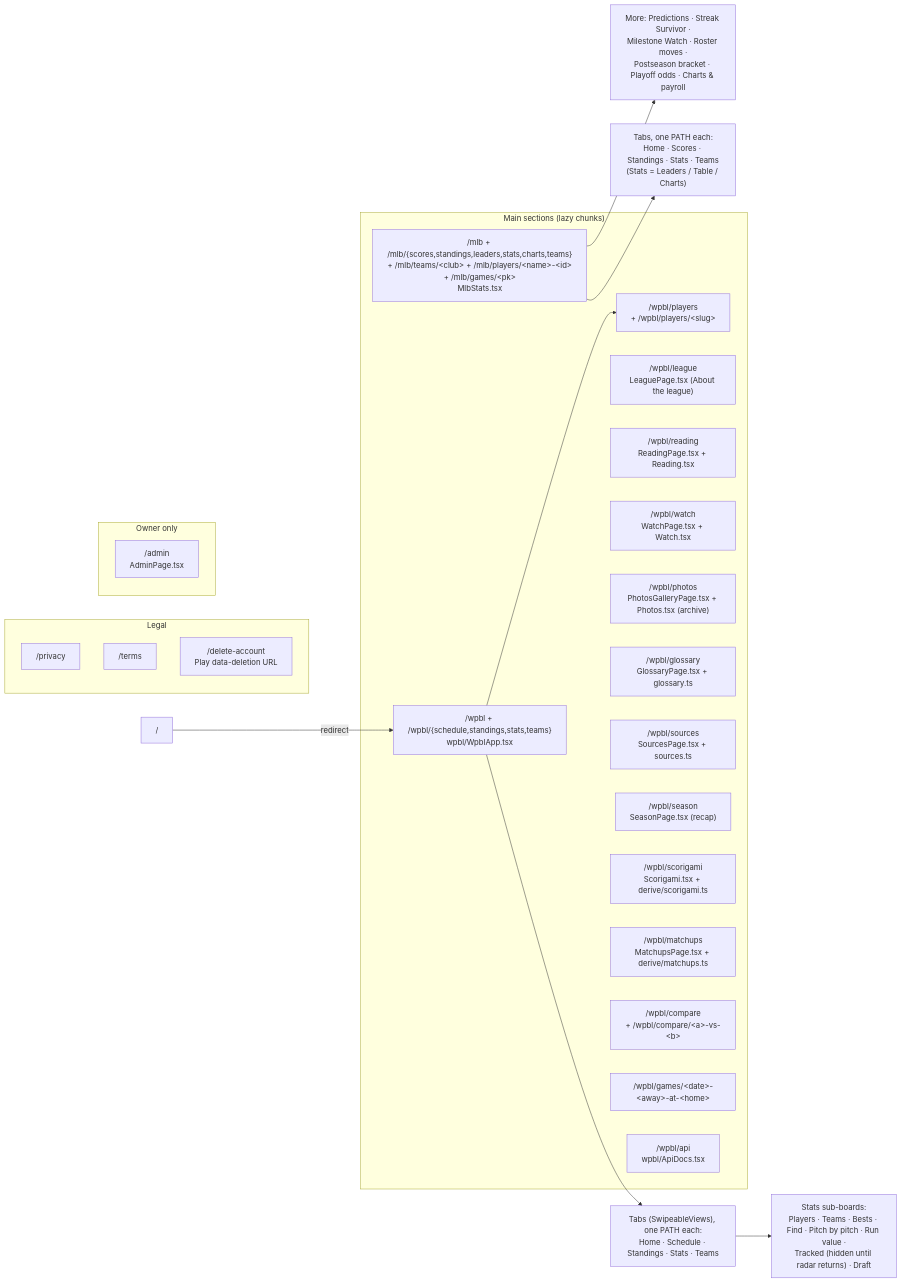
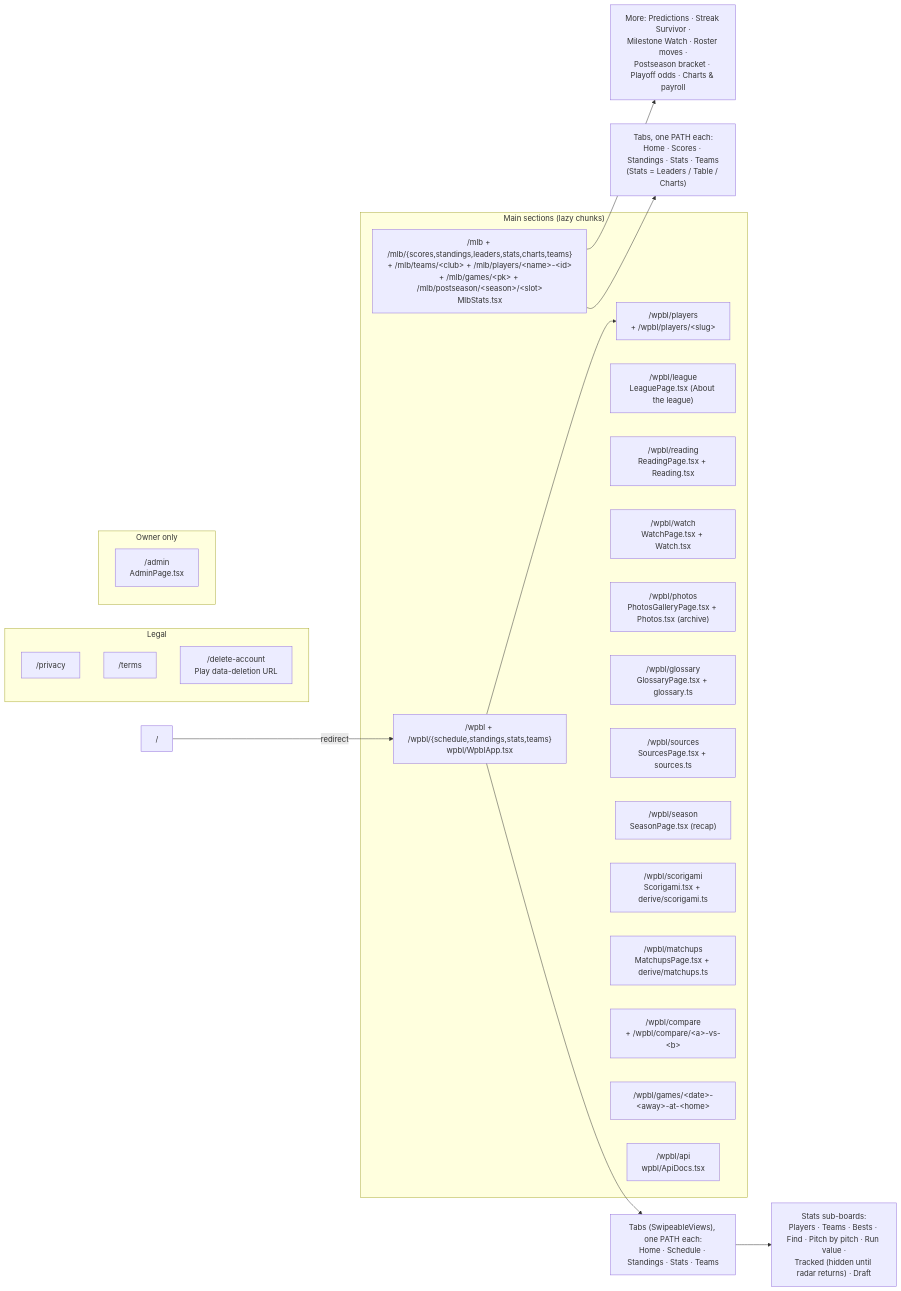
Before and after one commit to sportydolphin/fun: the second of 5 diagrams in ARCHITECTURE.md, drawn with Mermaid. The commit also changed other lines of this file and 29 other files, not shown here.

````diff
--- a/ARCHITECTURE.md
+++ b/ARCHITECTURE.md
@@ -98,37 +98,37 @@
 ```mermaid
 flowchart LR
     subgraph Main["Main sections (lazy chunks)"]
-        mlb["/mlb + /mlb/{scores,standings,leaders,stats,charts,teams}<br/>+ /mlb/teams/&lt;club&gt; + /mlb/players/&lt;name&gt;-&lt;id&gt;<br/>+ /mlb/games/&lt;pk&gt;<br/>MlbStats.tsx"]
+        mlb["/mlb + /mlb/{scores,standings,leaders,stats,charts,teams}<br/>+ /mlb/teams/&lt;club&gt; + /mlb/players/&lt;name&gt;-&lt;id&gt;<br/>+ /mlb/games/&lt;pk&gt; + /mlb/postseason/&lt;season&gt;/&lt;slot&gt;<br/>MlbStats.tsx"]
         wpbl["/wpbl + /wpbl/{schedule,standings,stats,teams}<br/>wpbl/WpblApp.tsx"]
         wplayers["/wpbl/players<br/>+ /wpbl/players/&lt;slug&gt;"]
         wleague["/wpbl/league<br/>LeaguePage.tsx (About the league)"]
         wreading["/wpbl/reading<br/>ReadingPage.tsx + Reading.tsx"]
         wwatch["/wpbl/watch<br/>WatchPage.tsx + Watch.tsx"]
         wphotos["/wpbl/photos<br/>PhotosGalleryPage.tsx + Photos.tsx (archive)"]
         wgloss["/wpbl/glossary<br/>GlossaryPage.tsx + glossary.ts"]
         wsrc["/wpbl/sources<br/>SourcesPage.tsx + sources.ts"]
         wseason["/wpbl/season<br/>SeasonPage.tsx (recap)"]
         wscori["/wpbl/scorigami<br/>Scorigami.tsx + derive/scorigami.ts"]
         wmatch["/wpbl/matchups<br/>MatchupsPage.tsx + derive/matchups.ts"]
         wcmp["/wpbl/compare<br/>+ /wpbl/compare/&lt;a&gt;-vs-&lt;b&gt;"]
         wgames["/wpbl/games/&lt;date&gt;-&lt;away&gt;-at-&lt;home&gt;"]
         api["/wpbl/api<br/>wpbl/ApiDocs.tsx"]
     end
 
     subgraph Legal["Legal"]
         priv["/privacy"]
         terms["/terms"]
         del["/delete-account<br/>Play data-deletion URL"]
     end
 
     subgraph Owner["Owner only"]
         adm["/admin<br/>AdminPage.tsx"]
     end
 
     root["/"] -->|redirect| wpbl
     wpbl --> wtabs["Tabs (SwipeableViews), one PATH each:<br/>Home · Schedule · Standings · Stats · Teams"]
     wtabs --> wstats["Stats sub-boards:<br/>Players · Teams · Bests · Find · Pitch by pitch · Run value ·<br/>Tracked (hidden until radar returns) · Draft"]
     wpbl --> wplayers
     mlb --> mtabs["Tabs, one PATH each:<br/>Home · Scores · Standings · Stats · Teams<br/>(Stats = Leaders / Table / Charts)"]
     mlb --> mmore["More: Predictions · Streak Survivor ·<br/>Milestone Watch · Roster moves ·<br/>Postseason bracket · Playoff odds · Charts & payroll"]
 ```
````
